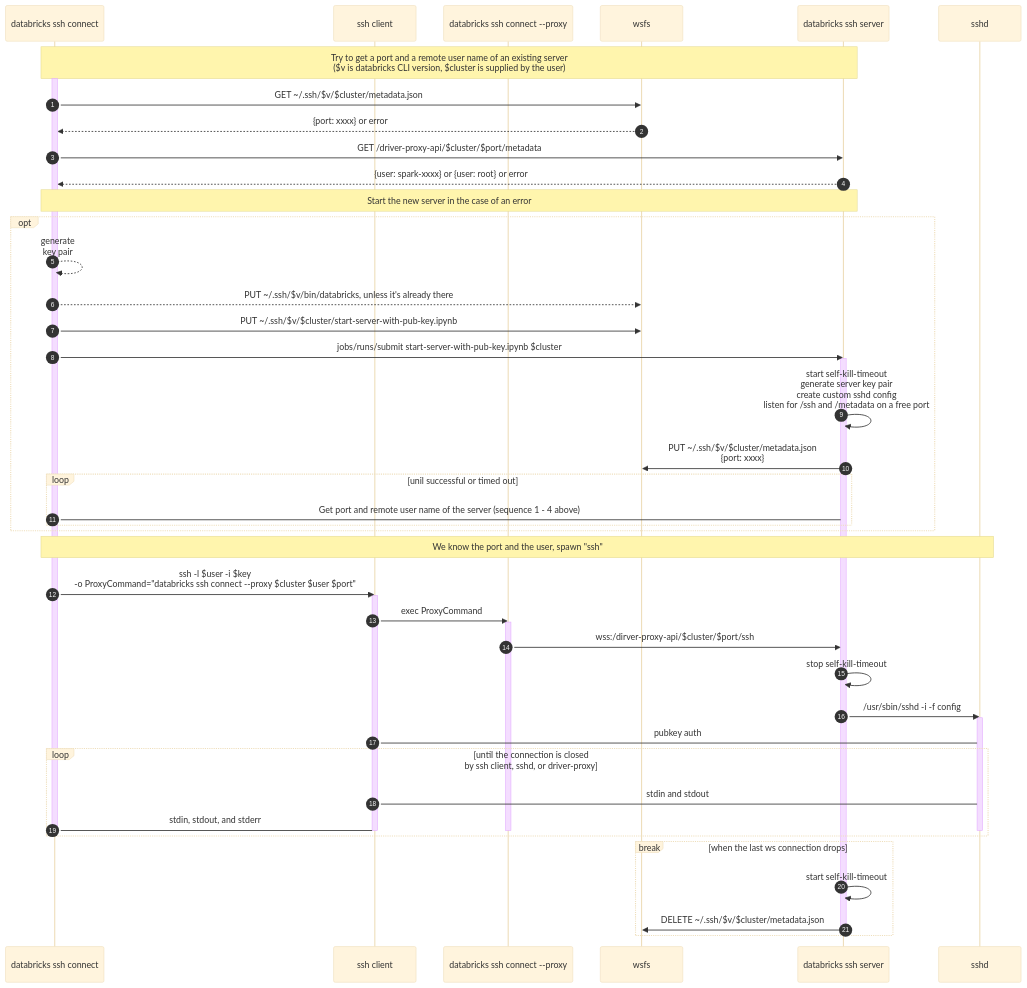
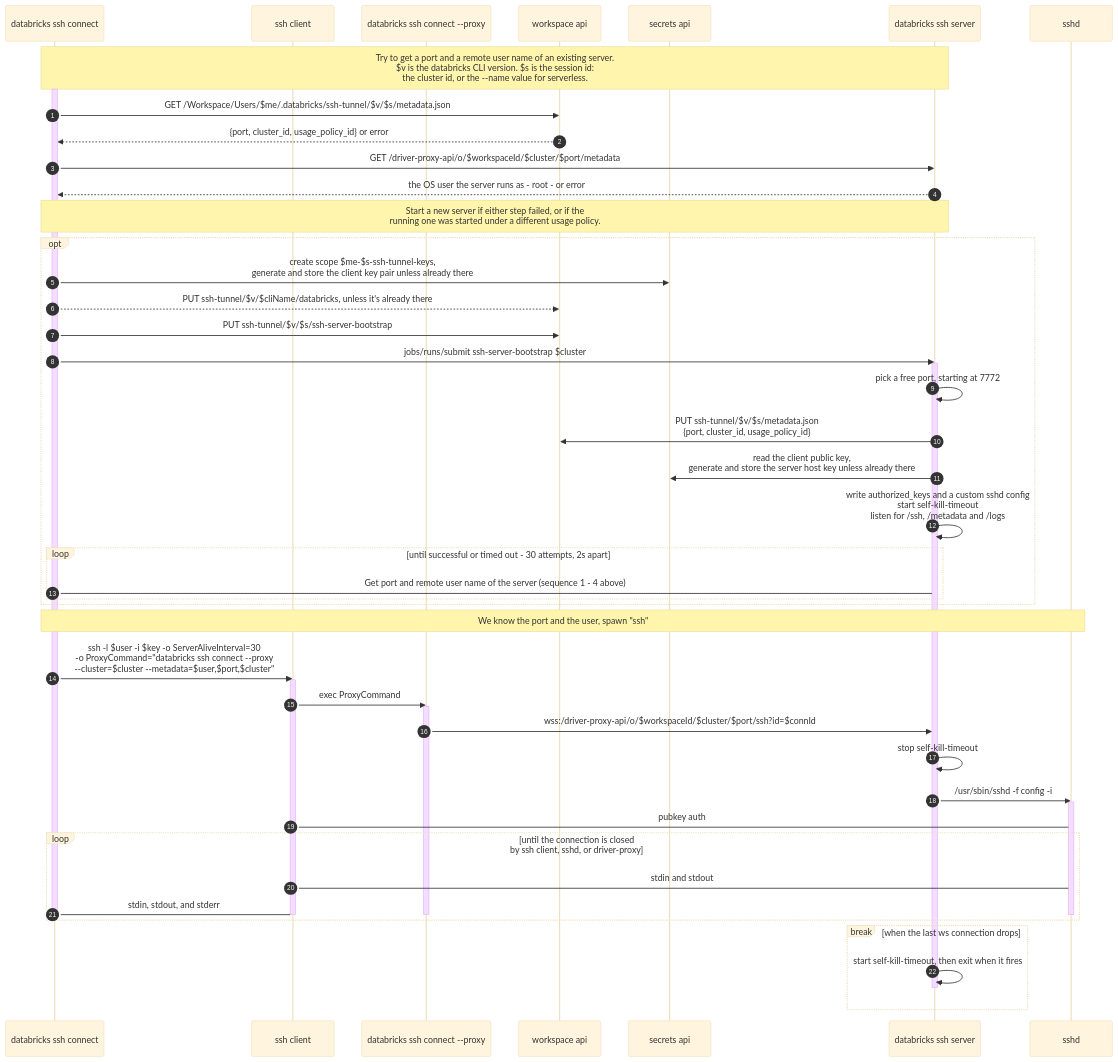
The second of 2 diagrams in experimental/ssh/README.md (databricks/cli), drawn with Mermaid before and after one commit. The commit also changed other lines of this file, not shown here.

First line of the commit message:
Correct stale architecture docs in experimental/ssh/README.md (#6451)

````diff
--- a/experimental/ssh/README.md
+++ b/experimental/ssh/README.md
@@ -84,56 +88,58 @@
 ```mermaid
 ---
 config:
   theme: base
 ---
 sequenceDiagram
   autonumber
   participant P1 as databricks ssh connect
   participant P2 as ssh client
   participant P3 as databricks ssh connect --proxy
-  participant P4 as wsfs
+  participant P4 as workspace api
+  participant P5 as secrets api
   participant P6 as databricks ssh server
   participant P7 as sshd
-  Note over P1,P6: Try to get a port and a remote user name of an existing server<br/> ($v is databricks CLI version, $cluster is supplied by the user)
+  Note over P1,P6: Try to get a port and a remote user name of an existing server.<br/>$v is the databricks CLI version. $s is the session id:<br/>the cluster id, or the --name value for serverless.
   activate P1
-  P1 ->> P4: GET ~/.ssh/$v/$cluster/metadata.json
-  P4 -->> P1: {port: xxxx} or error
-  P1 ->> P6: GET /driver-proxy-api/$cluster/$port/metadata
-  P6 -->> P1: {user: spark-xxxx} or {user: root} or error
-  Note over P1,P6: Start the new server in the case of an error
+  P1 ->> P4: GET /Workspace/Users/$me/.databricks/ssh-tunnel/$v/$s/metadata.json
+  P4 -->> P1: {port, cluster_id, usage_policy_id} or error
+  P1 ->> P6: GET /driver-proxy-api/o/$workspaceId/$cluster/$port/metadata
+  P6 -->> P1: the OS user the server runs as - root - or error
+  Note over P1,P6: Start a new server if either step failed, or if the<br/>running one was started under a different usage policy.
   opt
-    P1 -->> P1: generate<br/>key pair
-    P1 -->> P4: PUT ~/.ssh/$v/bin/databricks, unless it's already there
-    P1 ->> P4: PUT ~/.ssh/$v/$cluster/start-server-with-pub-key.ipynb
-    P1 ->> P6: jobs/runs/submit start-server-with-pub-key.ipynb $cluster
+    P1 ->> P5: create scope $me-$s-ssh-tunnel-keys,<br/>generate and store the client key pair unless already there
+    P1 -->> P4: PUT ssh-tunnel/$v/$cliName/databricks, unless it's already there
+    P1 ->> P4: PUT ssh-tunnel/$v/$s/ssh-server-bootstrap
+    P1 ->> P6: jobs/runs/submit ssh-server-bootstrap $cluster
     activate P6
-    P6 ->> P6: start self-kill-timeout<br/>generate server key pair<br/>create custom sshd config<br/>listen for /ssh and /metadata on a free port
-    P6 ->> P4: PUT ~/.ssh/$v/$cluster/metadata.json<br/>{port: xxxx}
-    loop unil successful or timed out
+    P6 ->> P6: pick a free port, starting at 7772
+    P6 ->> P4: PUT ssh-tunnel/$v/$s/metadata.json<br/>{port, cluster_id, usage_policy_id}
+    P6 ->> P5: read the client public key,<br/>generate and store the server host key unless already there
+    P6 ->> P6: write authorized_keys and a custom sshd config<br/>start self-kill-timeout<br/>listen for /ssh, /metadata and /logs
+    loop until successful or timed out - 30 attempts, 2s apart
       P1 -> P6: Get port and remote user name of the server (sequence 1 - 4 above)
     end
   end
   Note over P1,P7: We know the port and the user, spawn "ssh"
-  P1 ->> P2: ssh -l $user -i $key<br/> -o ProxyCommand="databricks ssh connect --proxy $cluster $user $port"
+  P1 ->> P2: ssh -l $user -i $key -o ServerAliveInterval=30<br/> -o ProxyCommand="databricks ssh connect --proxy<br/> --cluster=$cluster --metadata=$user,$port,$cluster"
   activate P2
   P2 ->> P3: exec ProxyCommand
   activate P3
-  P3 ->> P6: wss:/dirver-proxy-api/$cluster/$port/ssh
+  P3 ->> P6: wss:/driver-proxy-api/o/$workspaceId/$cluster/$port/ssh?id=$connId
   P6 ->> P6: stop self-kill-timeout
-  P6 ->> P7: /usr/sbin/sshd -i -f config
+  P6 ->> P7: /usr/sbin/sshd -f config -i
   activate P7
   P2 -> P7: pubkey auth
   loop until the connection is closed<br/>by ssh client, sshd, or driver-proxy
     P2 -> P7: stdin and stdout
     P1 -> P2: stdin, stdout, and stderr
     deactivate P7
     deactivate P3
     deactivate P2
     deactivate P1
   end
   break when the last ws connection drops
-    P6 ->> P6: start self-kill-timeout
-    P6 ->> P4: DELETE  ~/.ssh/$v/$cluster/metadata.json
+    P6 ->> P6: start self-kill-timeout, then exit when it fires
     deactivate P6
   end
 ```
````
